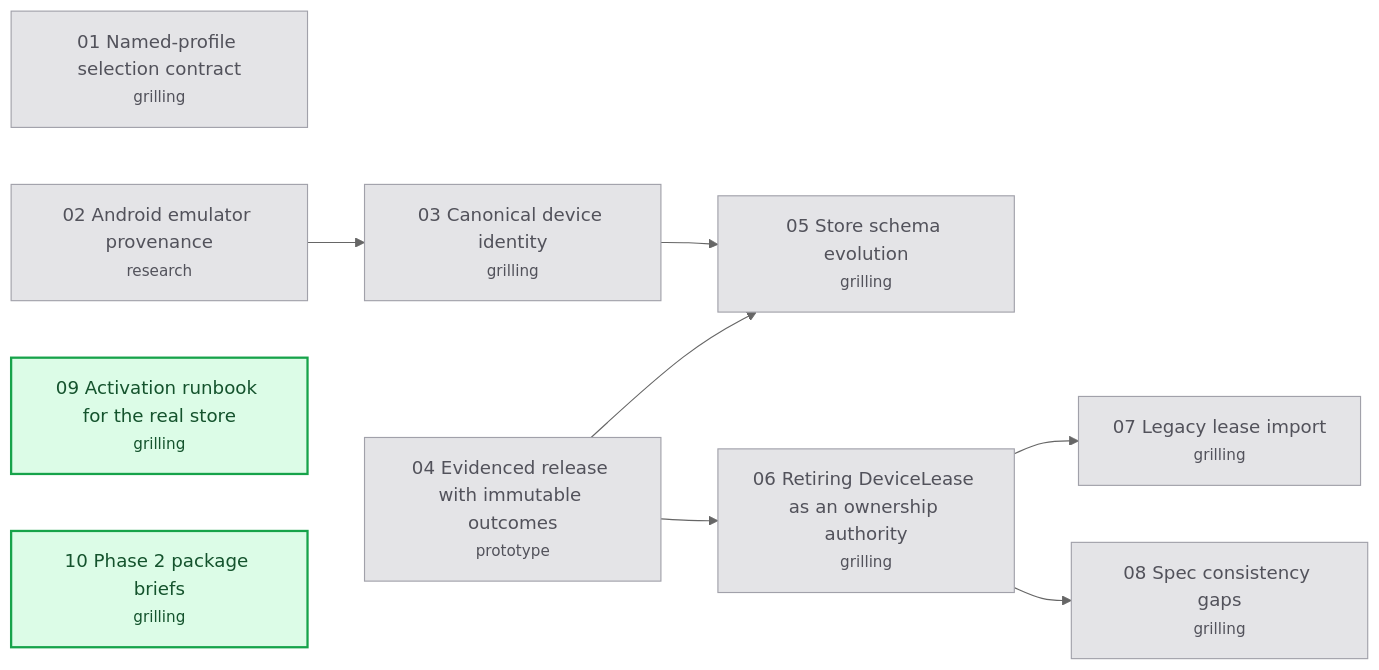
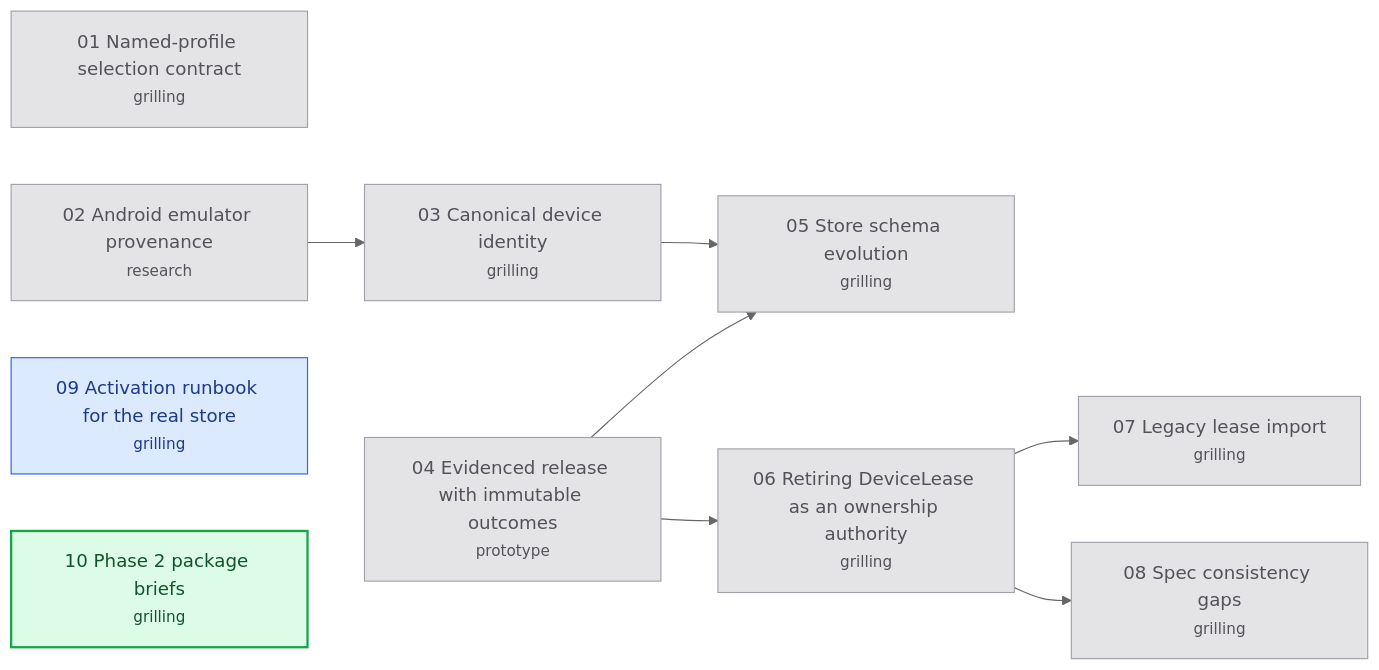
One commit to hugues-vnsgn/jev-ios-bridge changed the diagram in .scratch/appium-phase2/map.md. Above: the diagram before and after it, drawn with Mermaid (neutral theme). The commit also changed 1 other file, not shown here.

Commit message:
Claim Activation runbook for the real store

````diff
--- a/.scratch/appium-phase2/map.md
+++ b/.scratch/appium-phase2/map.md
@@ -45,25 +45,26 @@
 ```mermaid
 flowchart LR
     T01["01 Named-profile selection contract<br/><small>grilling</small>"]
     T02["02 Android emulator provenance<br/><small>research</small>"]
     T03["03 Canonical device identity<br/><small>grilling</small>"]
     T04["04 Evidenced release with immutable outcomes<br/><small>prototype</small>"]
     T05["05 Store schema evolution<br/><small>grilling</small>"]
     T06["06 Retiring DeviceLease as an ownership authority<br/><small>grilling</small>"]
     T07["07 Legacy lease import<br/><small>grilling</small>"]
     T08["08 Spec consistency gaps<br/><small>grilling</small>"]
     T09["09 Activation runbook for the real store<br/><small>grilling</small>"]
     T10["10 Phase 2 package briefs<br/><small>grilling</small>"]
     T02 --> T03
     T03 --> T05
     T04 --> T05
     T04 --> T06
     T06 --> T07
     T06 --> T08
     classDef resolved fill:#e4e4e7,stroke:#a1a1aa,color:#52525b
     classDef claimed fill:#dbeafe,stroke:#2563eb,color:#1e3a8a
     classDef frontier fill:#dcfce7,stroke:#16a34a,color:#14532d,stroke-width:2px
     classDef blocked fill:#ffffff,stroke:#a1a1aa,color:#18181b
     class T01,T02,T03,T04,T05,T06,T07,T08 resolved
-    class T09,T10 frontier
+    class T09 claimed
+    class T10 frontier
 ```
````
